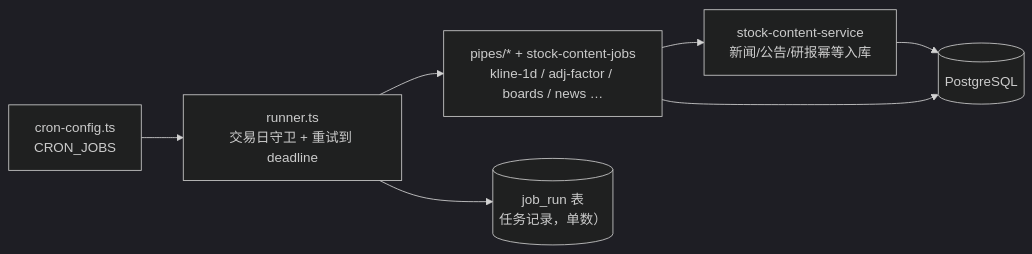
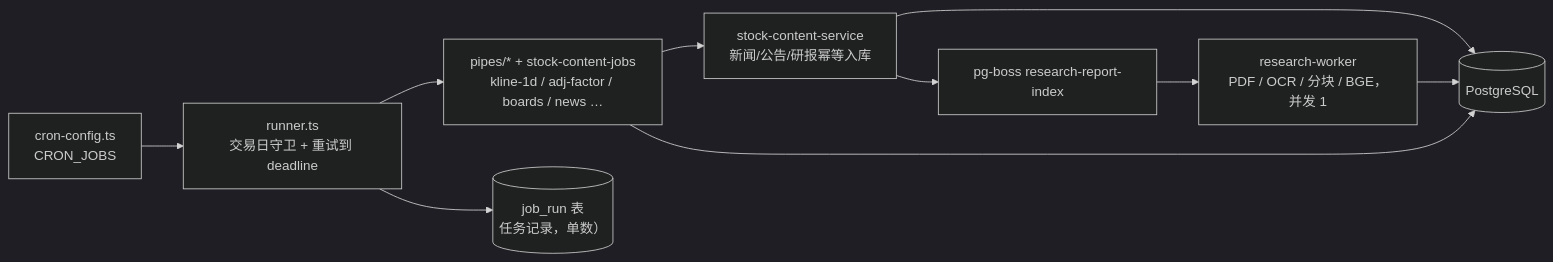
One commit to fzdfy/ai-trader changed the third of 5 diagrams in docs/data-pipeline.md. Above: the diagram before and after it, drawn with Mermaid (dark theme). The commit also changed other lines of this file and 62 other files, not shown here.

````diff
--- a/docs/data-pipeline.md
+++ b/docs/data-pipeline.md
@@ -68,9 +68,12 @@
 ```mermaid
 flowchart LR
   CRON["cron-config.ts<br/>CRON_JOBS"] --> RUN["runner.ts<br/>交易日守卫 + 重试到 deadline"]
   RUN --> P["pipes/* + stock-content-jobs<br/>kline-1d / adj-factor / boards / news …"]
   P --> CS["stock-content-service<br/>新闻/公告/研报幂等入库"]
   CS --> PG
+  CS --> RQ["pg-boss research-report-index"]
+  RQ --> RW["research-worker<br/>PDF / OCR / 分块 / BGE，并发 1"]
+  RW --> PG
   P --> PG[("PostgreSQL")]
   RUN --> JR[("job_run 表<br/>任务记录，单数）")]
 ```
````
